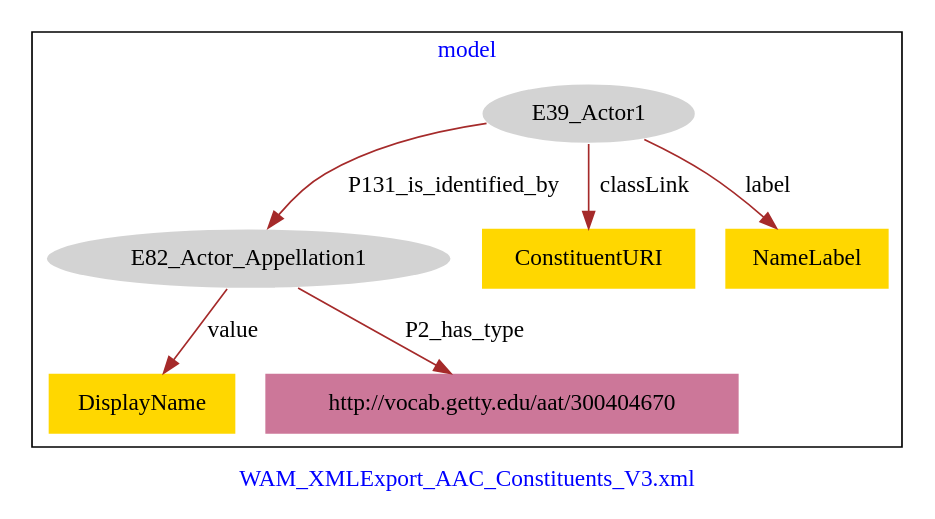
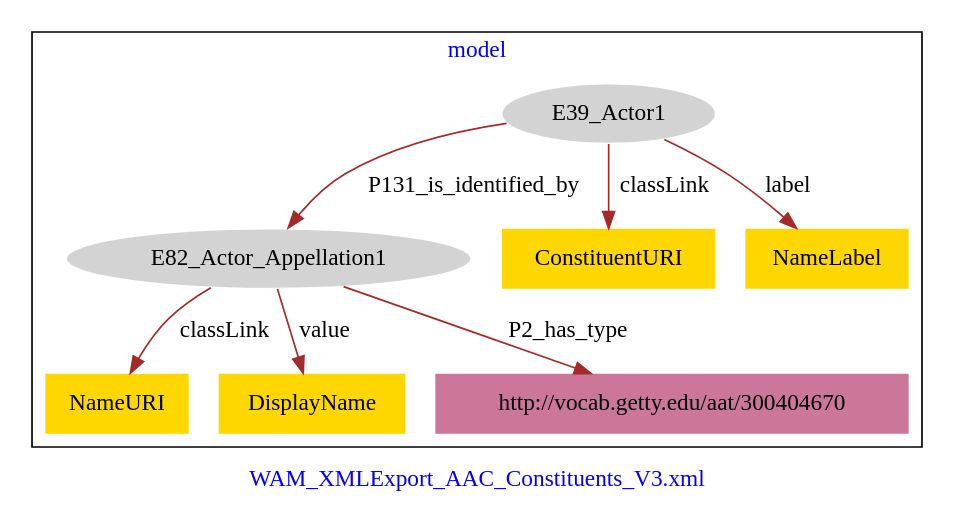
The diagram in WAM_AAC_Culture/WAM_AAC_Culture-model.dot (american-art/wam), drawn with Graphviz before and after one commit.

Commit message:
Update file WAM_AAC_Culture-model.dot

```diff
--- a/WAM_AAC_Culture/WAM_AAC_Culture-model.dot
+++ b/WAM_AAC_Culture/WAM_AAC_Culture-model.dot
@@ -1,19 +1,21 @@
 digraph n0 {
 fontcolor="blue"
 remincross="true"
 label="WAM_XMLExport_AAC_Constituents_V3.xml"
 subgraph cluster {
 label="model"
 n2[style="filled",color="white",fillcolor="lightgray",label="E39_Actor1"];
 n3[style="filled",color="white",fillcolor="lightgray",label="E82_Actor_Appellation1"];
-n4[shape="plaintext",style="filled",fillcolor="gold",label="ConstituentURI"];
-n5[shape="plaintext",style="filled",fillcolor="gold",label="NameLabel"];
-n6[shape="plaintext",style="filled",fillcolor="gold",label="DisplayName"];
-n7[shape="plaintext",style="filled",fillcolor="#CC7799",label="http://vocab.getty.edu/aat/300404670"];
+n4[shape="plaintext",style="filled",fillcolor="gold",label="NameURI"];
+n5[shape="plaintext",style="filled",fillcolor="gold",label="ConstituentURI"];
+n6[shape="plaintext",style="filled",fillcolor="gold",label="NameLabel"];
+n7[shape="plaintext",style="filled",fillcolor="gold",label="DisplayName"];
+n8[shape="plaintext",style="filled",fillcolor="#CC7799",label="http://vocab.getty.edu/aat/300404670"];
 }
 n2 -> n3[color="brown",fontcolor="black",label="P131_is_identified_by"]
-n2 -> n4[color="brown",fontcolor="black",label="classLink"]
-n2 -> n5[color="brown",fontcolor="black",label="label"]
-n3 -> n6[color="brown",fontcolor="black",label="value"]
-n3 -> n7[color="brown",fontcolor="black",label="P2_has_type"]
+n3 -> n4[color="brown",fontcolor="black",label="classLink"]
+n2 -> n5[color="brown",fontcolor="black",label="classLink"]
+n2 -> n6[color="brown",fontcolor="black",label="label"]
+n3 -> n7[color="brown",fontcolor="black",label="value"]
+n3 -> n8[color="brown",fontcolor="black",label="P2_has_type"]
 }
```
